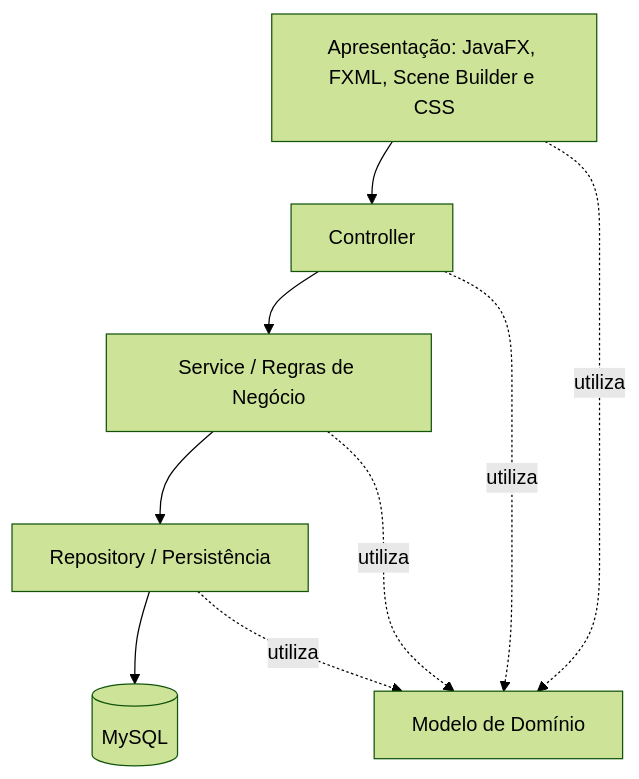
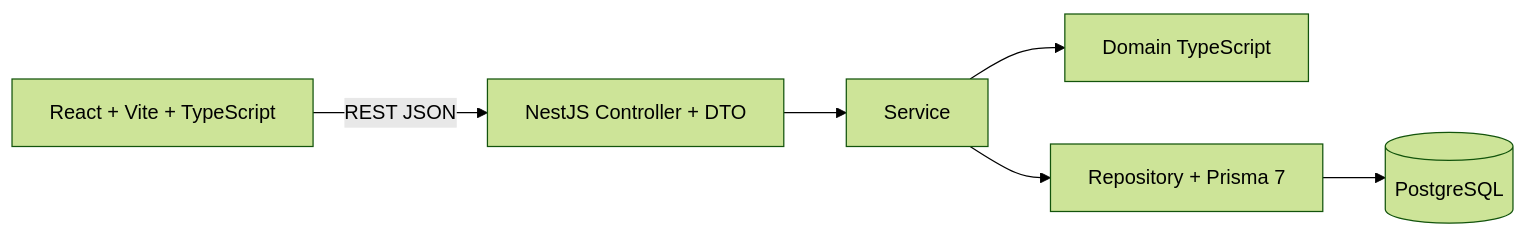
Before and after one commit to brunoramos-dev098/sistema-agendamento-: the diagram in diagramas/diagrama-arquitetura.md, drawn with Mermaid (forest theme). The commit also changed other lines of this file and 16 other files, not shown here.

````diff
--- a/diagramas/diagrama-arquitetura.md
+++ b/diagramas/diagrama-arquitetura.md
@@ -3,18 +3,8 @@
 ```mermaid
-flowchart TD
-    A["Apresentação: JavaFX, FXML, Scene Builder e CSS"]
-    B[Controller]
-    C[Service / Regras de Negócio]
-    D[Repository / Persistência]
-    E[(MySQL)]
-    M[Modelo de Domínio]
-
-    A --> B
-    B --> C
-    C --> D
-    D --> E
-    A -. utiliza .-> M
-    B -. utiliza .-> M
-    C -. utiliza .-> M
-    D -. utiliza .-> M
+flowchart LR
+ W[React + Vite + TypeScript] -->|REST JSON| C[NestJS Controller + DTO]
+ C --> S[Service]
+ S --> D[Domain TypeScript]
+ S --> R[Repository + Prisma 7]
+ R --> P[(PostgreSQL)]
 ```
````
